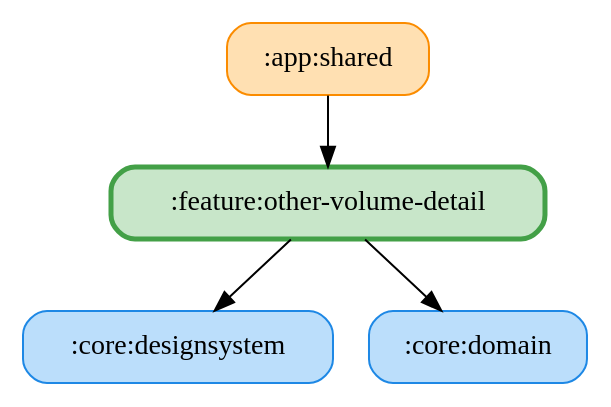
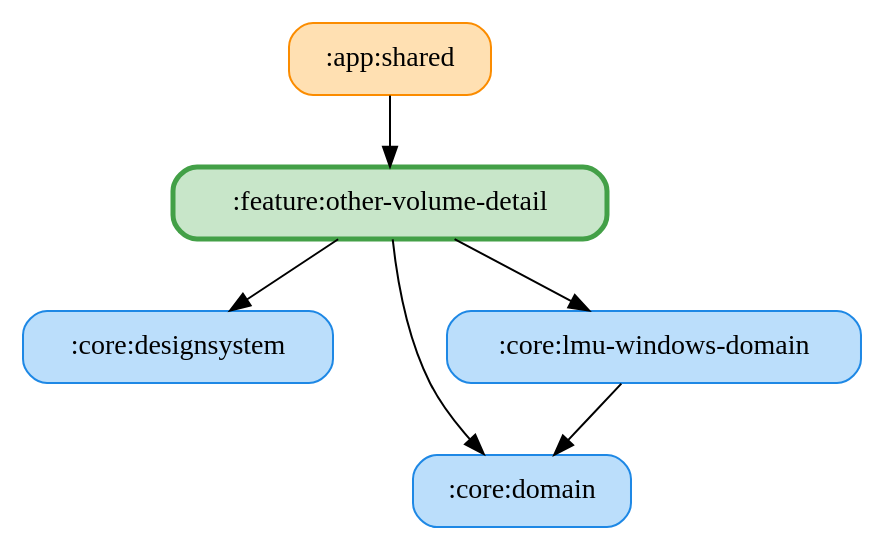
The diagram in docs/graphs/feature-other-volume-detail.gv (ai-kurou/KoDriver), drawn with Graphviz before and after one commit. The commit also changed 5 other files, not shown here.

Commit message:
chore: update module graph images

```diff
--- a/docs/graphs/feature-other-volume-detail.gv
+++ b/docs/graphs/feature-other-volume-detail.gv
@@ -1,11 +1,14 @@
 digraph G {
   rankdir=TB
   node [shape=box, style="rounded,filled"]
   ":app:shared" [fillcolor="#FFE0B2", color="#FB8C00", penwidth=1]
   ":core:designsystem" [fillcolor="#BBDEFB", color="#1E88E5", penwidth=1]
   ":core:domain" [fillcolor="#BBDEFB", color="#1E88E5", penwidth=1]
+  ":core:lmu-windows-domain" [fillcolor="#BBDEFB", color="#1E88E5", penwidth=1]
   ":feature:other-volume-detail" [fillcolor="#C8E6C9", color="#43A047", penwidth=2.5]
   ":app:shared" -> ":feature:other-volume-detail"
+  ":core:lmu-windows-domain" -> ":core:domain"
   ":feature:other-volume-detail" -> ":core:domain"
   ":feature:other-volume-detail" -> ":core:designsystem"
+  ":feature:other-volume-detail" -> ":core:lmu-windows-domain"
 }
```
